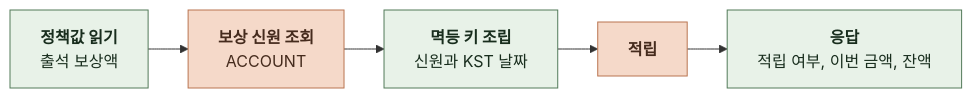
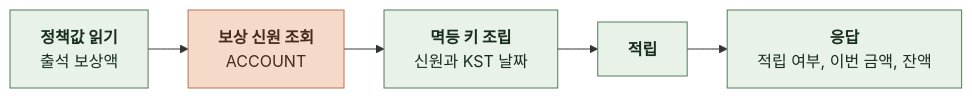
One commit to KIM-N-KANG/knk-harness changed the ninth of 14 diagrams in docs/domain/PAYMENT/BACKEND/4-1-PIPELINES.md. Above: the diagram before and after it, drawn with Mermaid. The commit also changed other lines of this file, not shown here.

````diff
--- a/docs/domain/PAYMENT/BACKEND/4-1-PIPELINES.md
+++ b/docs/domain/PAYMENT/BACKEND/4-1-PIPELINES.md
@@ -258,16 +257,16 @@
 ```mermaid
 %%{init: {"flowchart": {"curve": "basis", "nodeSpacing": 24, "rankSpacing": 40}}}%%
 flowchart LR
     A["`**정책값 읽기**
 출석 보상액`"] --> B["`**보상 신원 조회**
 ACCOUNT`"]
     B --> C["`**멱등 키 조립**
 신원과 KST 날짜`"]
     C --> D["`**적립**`"]
     D --> E["`**응답**
 적립 여부, 이번 금액, 잔액`"]
     classDef comp fill:#E8F2E8,stroke:#527A59,color:#182D1D
     classDef task fill:#F5D9C9,stroke:#B97450,color:#452B1D
-    class A,C,E comp
-    class B,D task
+    class A,C,D,E comp
+    class B task
 ```
````
